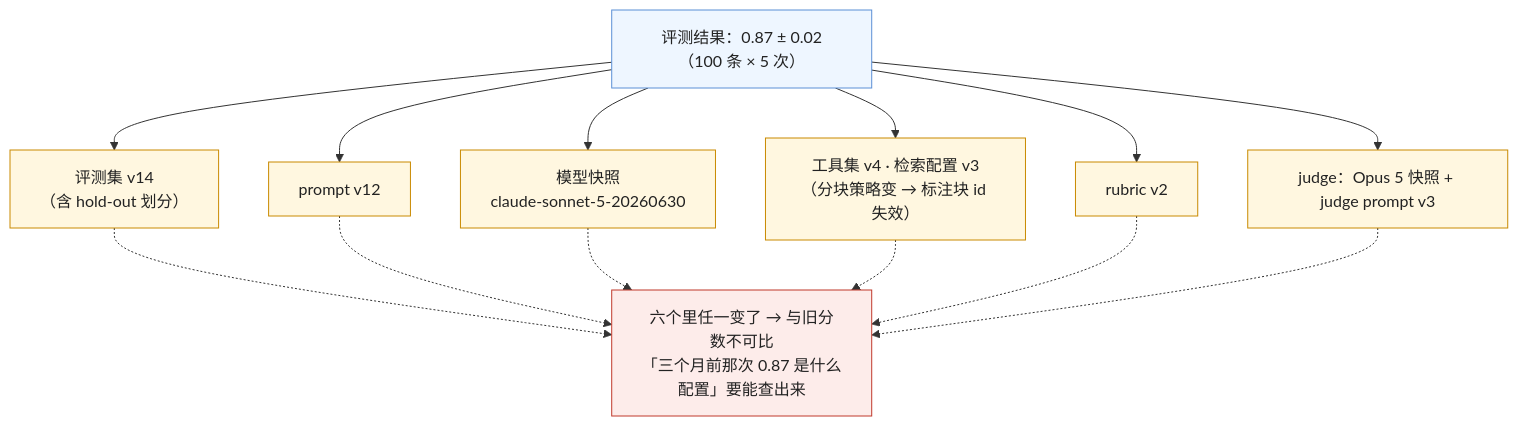
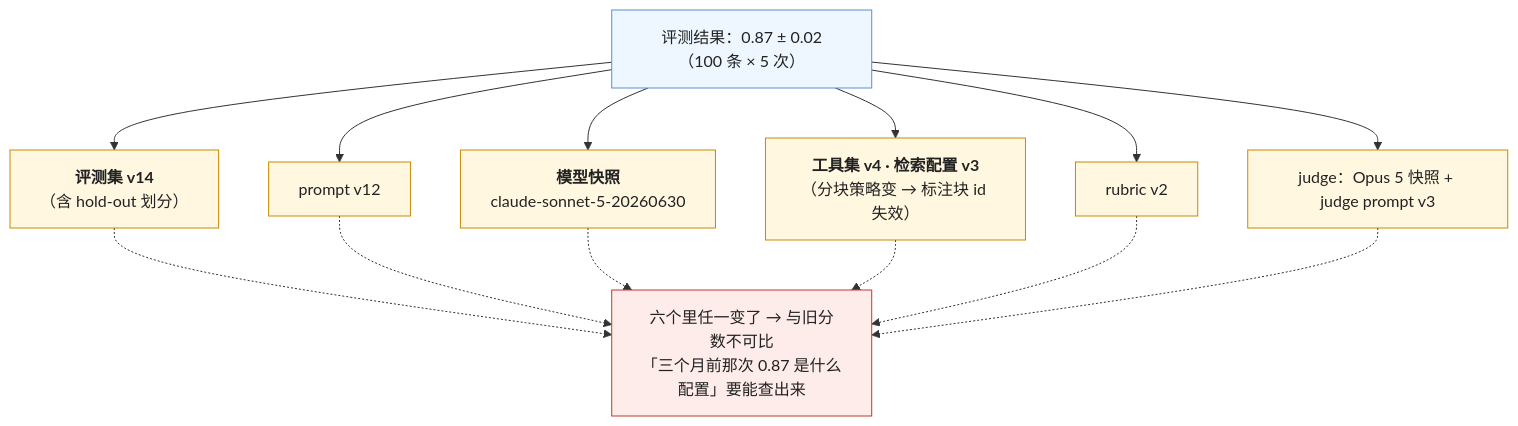
The fifth of 6 diagrams in _posts/2026-10-31-eval-sets-the-unit-tests-of-ai-applications.md (arganzheng/arganzheng.github.com), drawn with Mermaid before and after one commit. The commit also changed other lines of this file and 7 other files, not shown here.

First line of the commit message:
评测、可观测与可追溯：怎么知道改了之后更好了：Mermaid 多行方框的首行标为标题（8 篇）

````diff
--- a/_posts/2026-10-31-eval-sets-the-unit-tests-of-ai-applications.md
+++ b/_posts/2026-10-31-eval-sets-the-unit-tests-of-ai-applications.md
@@ -185,18 +185,18 @@
 ```mermaid
 %% 图：一次评测结果绑定的六元组——评测集版本、prompt 版本、模型快照、工具集 / 检索配置版本、rubric 版本、judge 版本，任何一个变了分数就不可比；记录是六元组 + 分数（含每条 k 次的分布），评测集本身与 prompt 一样进版本库或注册表
 flowchart TB
     R["评测结果：0.87 ± 0.02（100 条 × 5 次）"]
-    R --> V1["评测集 v14<br/>（含 hold-out 划分）"]
+    R --> V1["<b>评测集 v14</b><br/>（含 hold-out 划分）"]
     R --> V2["prompt v12"]
-    R --> V3["模型快照<br/>claude-sonnet-5-20260630"]
-    R --> V4["工具集 v4 · 检索配置 v3<br/>（分块策略变 → 标注块 id 失效）"]
+    R --> V3["<b>模型快照</b><br/>claude-sonnet-5-20260630"]
+    R --> V4["<b>工具集 v4 · 检索配置 v3</b><br/>（分块策略变 → 标注块 id 失效）"]
     R --> V5["rubric v2"]
     R --> V6["judge：Opus 5 快照 + judge prompt v3"]
     V1 & V2 & V3 & V4 & V5 & V6 -.-> N["六个里任一变了 → 与旧分数不可比<br/>「三个月前那次 0.87 是什么配置」要能查出来"]
     classDef r fill:#eef6ff,stroke:#5b8fd6,color:#222
     classDef v fill:#fff7e0,stroke:#c98a00,color:#222
     classDef n fill:#fdecea,stroke:#c0392b,color:#222
     class R r
     class V1,V2,V3,V4,V5,V6 v
     class N n
 ```
````
